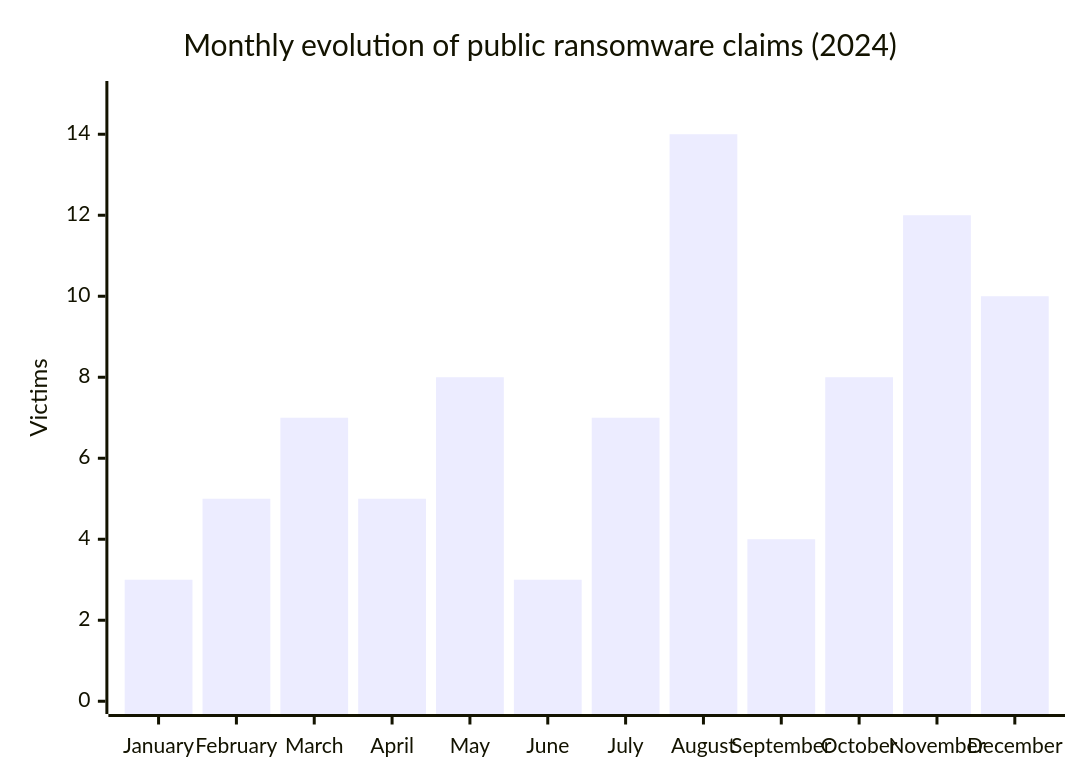
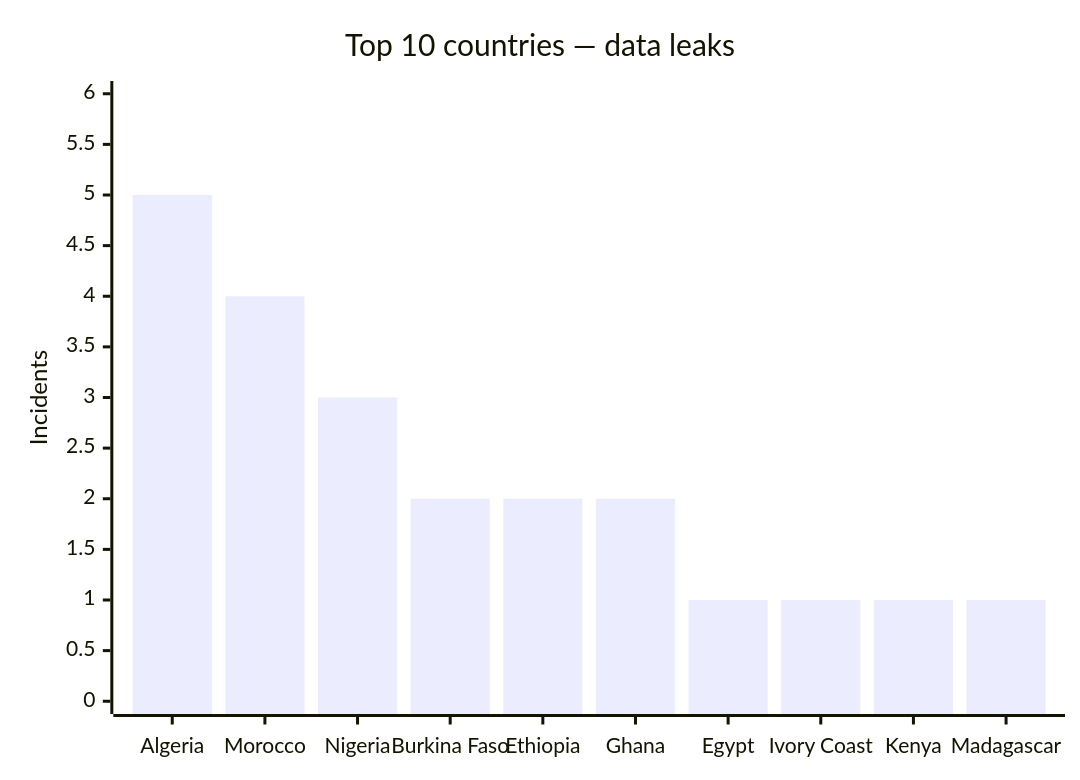
Before and after one commit to Hatchepsoute/AFRINTEL: the third of 3 diagrams in CyberAttackAfrica/2024/README.md, drawn with Mermaid. The commit also changed other lines of this file and 255 other files, not shown here.

````diff
--- a/CyberAttackAfrica/2024/README.md
+++ b/CyberAttackAfrica/2024/README.md
@@ -252,7 +259,7 @@
 ```mermaid
 xychart-beta
-    title "Monthly evolution of public ransomware claims (2024)"
-    x-axis ["January", "February", "March", "April", "May", "June", "July", "August", "September", "October", "November", "December"]
-    y-axis "Victims" 0 --> 15
-    bar [3, 5, 7, 5, 8, 3, 7, 14, 4, 8, 12, 10]
+    title "Top 10 countries — data leaks"
+    x-axis ["Algeria", "Morocco", "Nigeria", "Burkina Faso", "Ethiopia", "Ghana", "Egypt", "Ivory Coast", "Kenya", "Madagascar"]
+    y-axis "Incidents" 0 --> 6
+    bar [5, 4, 3, 2, 2, 2, 1, 1, 1, 1]
 ```
````
